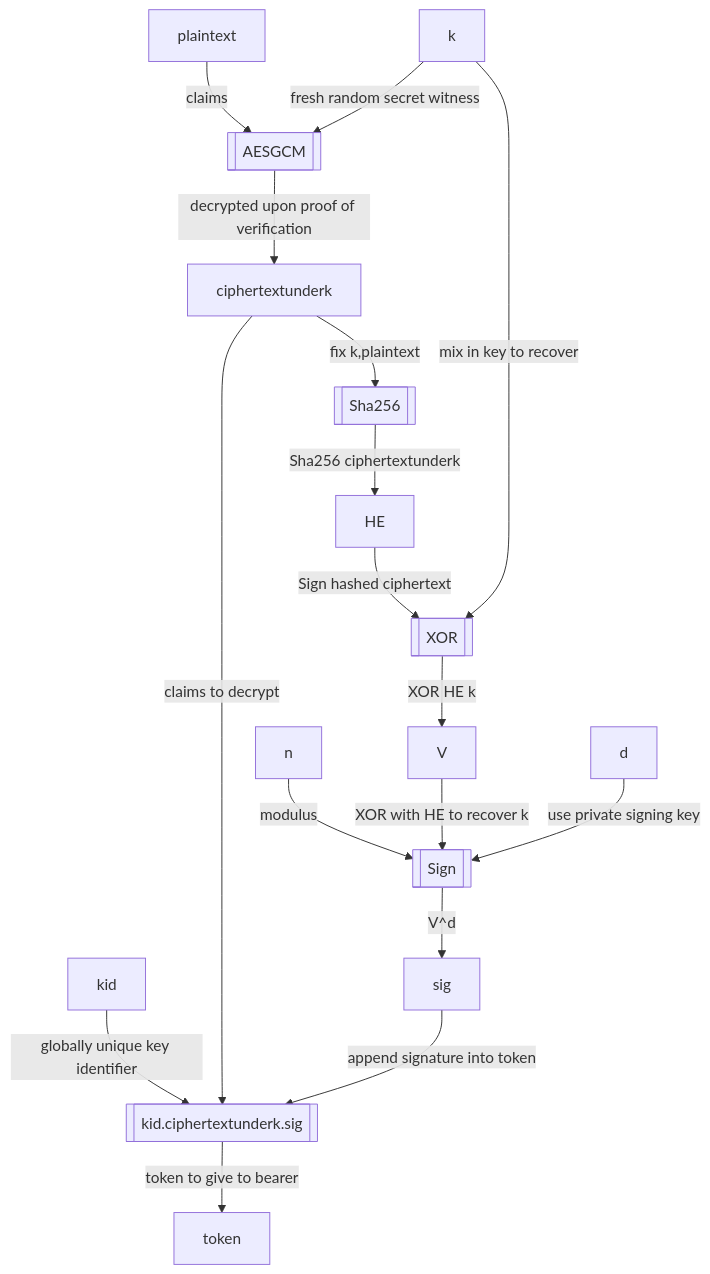
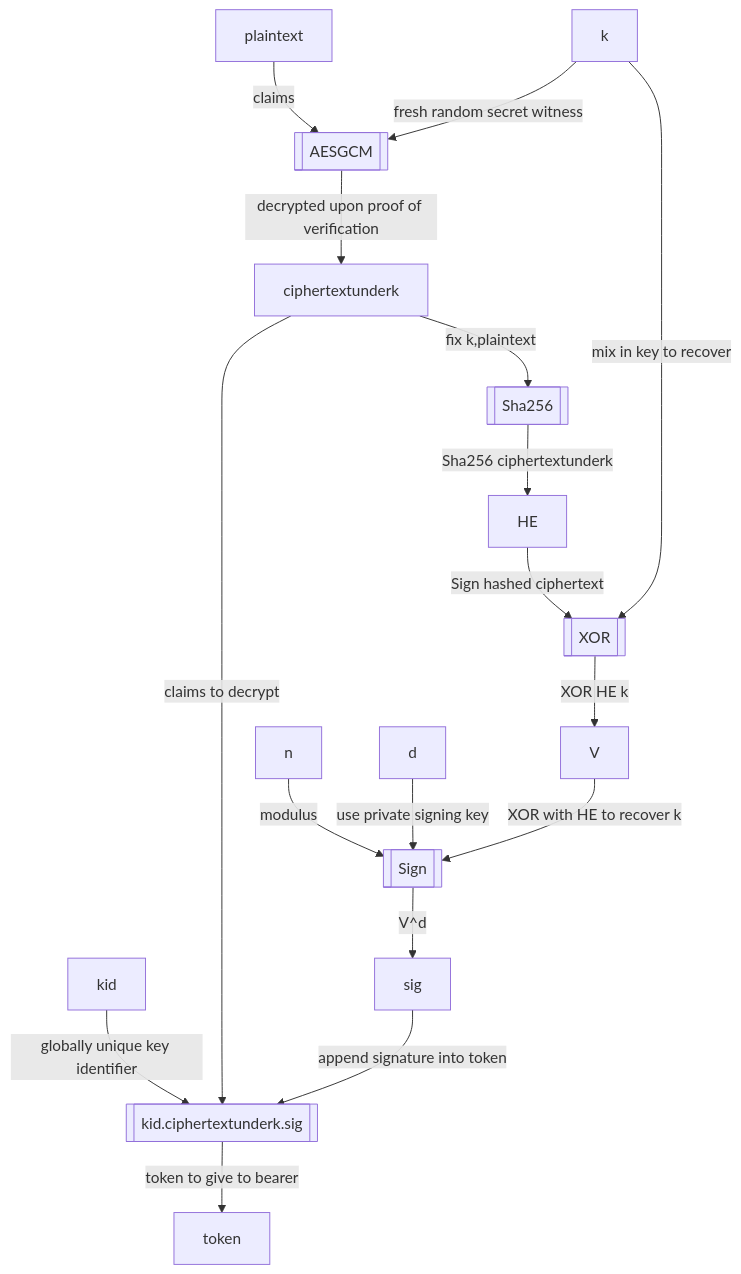
One commit to rfielding/whiskeyTango changed the third of 4 diagrams in README.md. Above: the diagram before and after it, drawn with Mermaid. The commit also changed other lines of this file, not shown here.

Commit message:
update diagram

````diff
--- a/README.md
+++ b/README.md
@@ -144,24 +144,24 @@
 ```mermaid
 flowchart TB
   AESGCM[[AESGCM]]
   APPENDB64WithDots[[kid.ciphertextunderk.sig]]
   plaintext-- claims -->AESGCM
   k-- fresh random secret witness -->AESGCM
   AESGCM-- decrypted upon proof of verification -->ciphertextunderk
   kid-- globally unique key identifier -->APPENDB64WithDots
   ciphertextunderk-- claims to decrypt -->APPENDB64WithDots
   APPENDB64WithDots-- token to give to bearer -->token
   Sha256[[Sha256]]
   ciphertextunderk-- fix k,plaintext -->Sha256
   XOR[[XOR]]
   Sign[[Sign]]
   n-- modulus -->Sign
+  d-- use private signing key -->Sign
   Sha256-- Sha256 ciphertextunderk -->HE
   HE-- Sign hashed ciphertext  -->XOR
   k-- mix in key to recover -->XOR
   XOR-- XOR HE k -->V
   V-- XOR with HE to recover k -->Sign
-  d-- use private signing key -->Sign
   Sign-- V^d -->sig
   sig-- append signature into token -->APPENDB64WithDots
 ```
````
